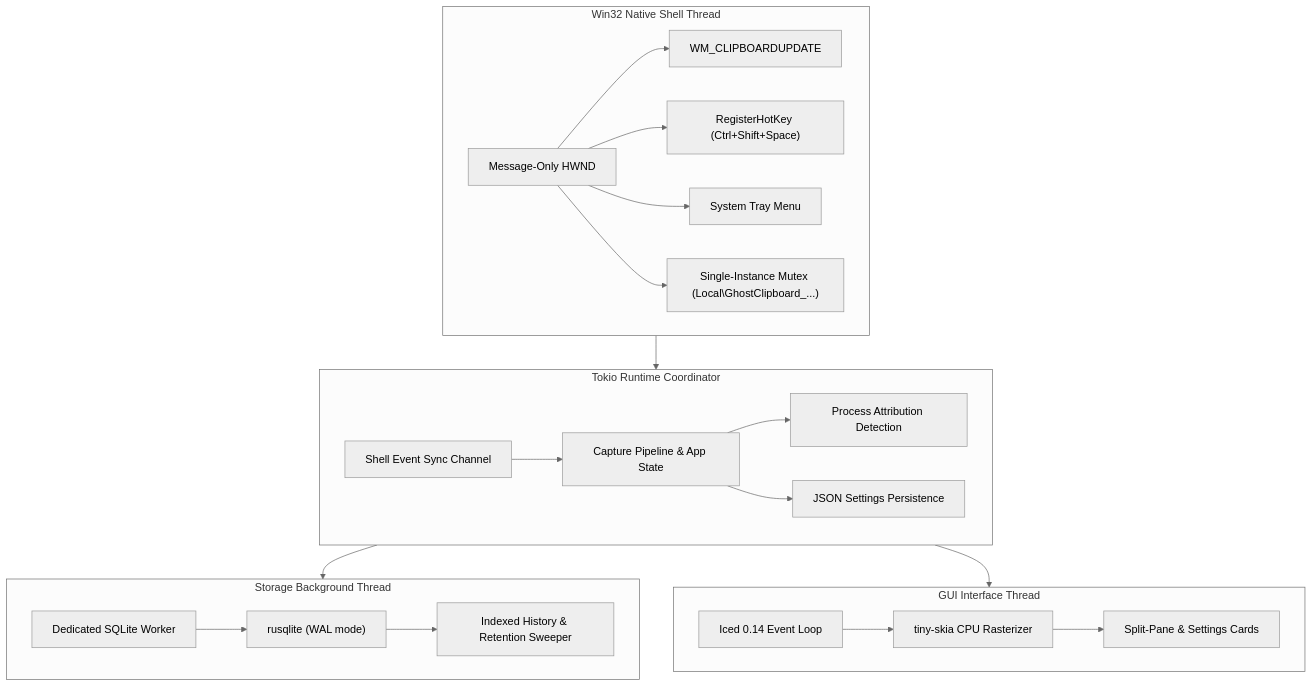
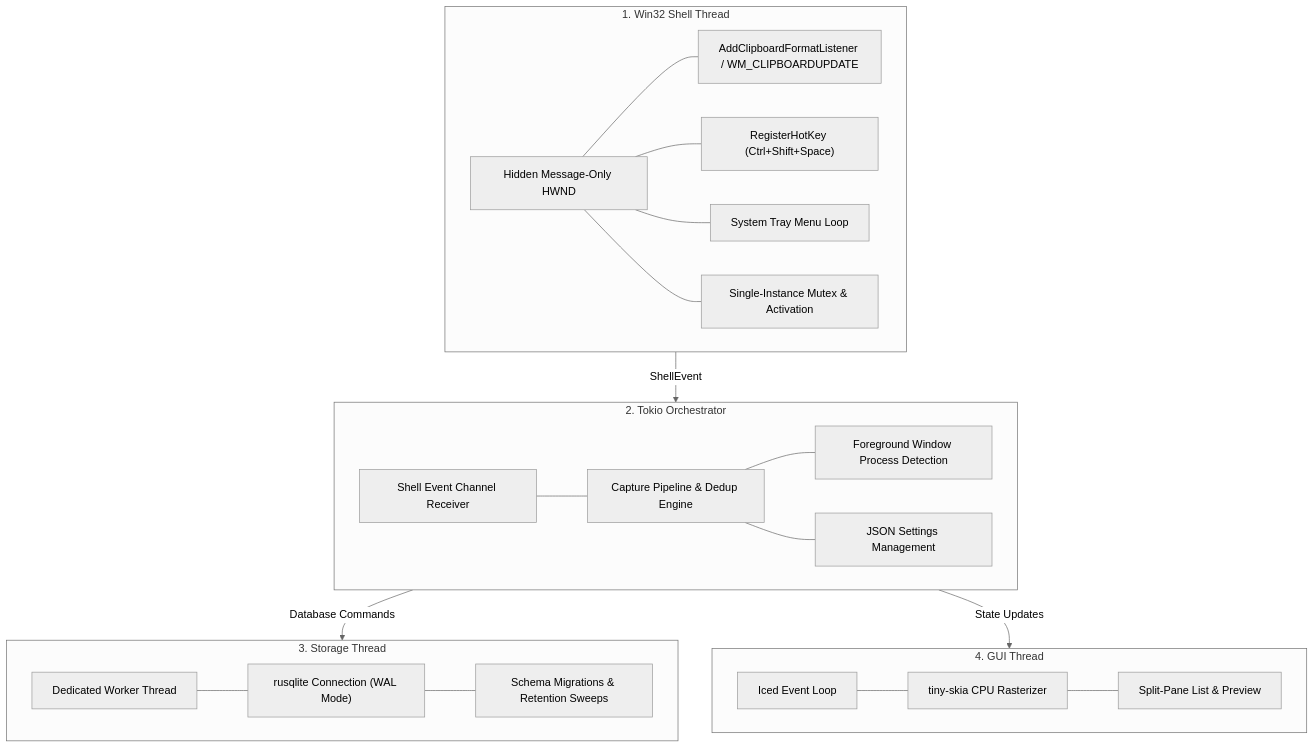
Before and after one commit to trouvaiilx/ghost-clipboard: the third of 3 diagrams in README.md, drawn with Mermaid (neutral theme). The commit also changed other lines of this file, not shown here.

````diff
--- a/README.md
+++ b/README.md
@@ -130,29 +77,44 @@
 ```mermaid
 flowchart TD
-    subgraph S1 ["Win32 Native Shell Thread"]
-        A1["Message-Only HWND"] --> A2["WM_CLIPBOARDUPDATE"]
-        A1 --> A3["RegisterHotKey (Ctrl+Shift+Space)"]
-        A1 --> A4["System Tray Menu"]
-        A1 --> A5["Single-Instance Mutex (Local\GhostClipboard_...)"]
+    subgraph S1 ["1. Win32 Shell Thread"]
+        A1["Hidden Message-Only HWND"]
+        A2["AddClipboardFormatListener / WM_CLIPBOARDUPDATE"]
+        A3["RegisterHotKey (Ctrl+Shift+Space)"]
+        A4["System Tray Menu Loop"]
+        A5["Single-Instance Mutex & Activation"]
+        A1 --- A2
+        A1 --- A3
+        A1 --- A4
+        A1 --- A5
     end
 
-    subgraph S2 ["Tokio Runtime Coordinator"]
-        B1["Shell Event Sync Channel"] --> B2["Capture Pipeline & App State"]
-        B2 --> B3["Process Attribution Detection"]
-        B2 --> B4["JSON Settings Persistence"]
+    subgraph S2 ["2. Tokio Orchestrator"]
+        B1["Shell Event Channel Receiver"]
+        B2["Capture Pipeline & Dedup Engine"]
+        B3["Foreground Window Process Detection"]
+        B4["JSON Settings Management"]
+        B1 --- B2
+        B2 --- B3
+        B2 --- B4
     end
 
-    subgraph S3 ["Storage Background Thread"]
-        C1["Dedicated SQLite Worker"] --> C2["rusqlite (WAL mode)"]
-        C2 --> C3["Indexed History & Retention Sweeper"]
+    subgraph S3 ["3. Storage Thread"]
+        C1["Dedicated Worker Thread"]
+        C2["rusqlite Connection (WAL Mode)"]
+        C3["Schema Migrations & Retention Sweeps"]
+        C1 --- C2
+        C2 --- C3
     end
 
-    subgraph S4 ["GUI Interface Thread"]
-        D1["Iced 0.14 Event Loop"] --> D2["tiny-skia CPU Rasterizer"]
-        D2 --> D3["Split-Pane & Settings Cards"]
+    subgraph S4 ["4. GUI Thread"]
+        D1["Iced Event Loop"]
+        D2["tiny-skia CPU Rasterizer"]
+        D3["Split-Pane List & Preview"]
+        D1 --- D2
+        D2 --- D3
     end
 
-    S1 --> S2
-    S2 --> S3
-    S2 --> S4
+    S1 -->|ShellEvent| S2
+    S2 -->|Database Commands| S3
+    S2 -->|State Updates| S4
 ```
````
